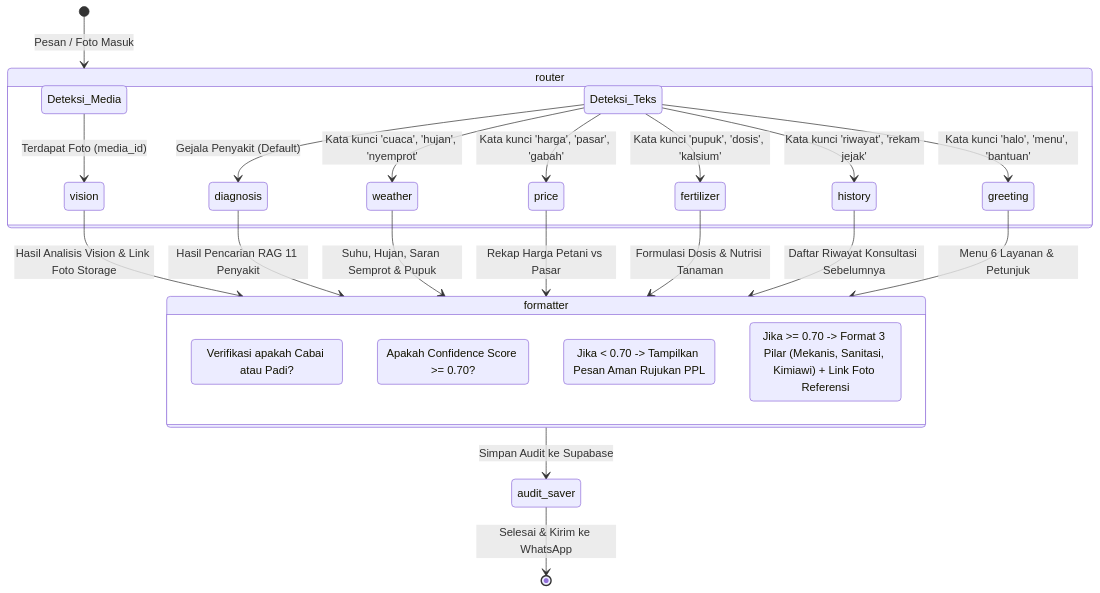
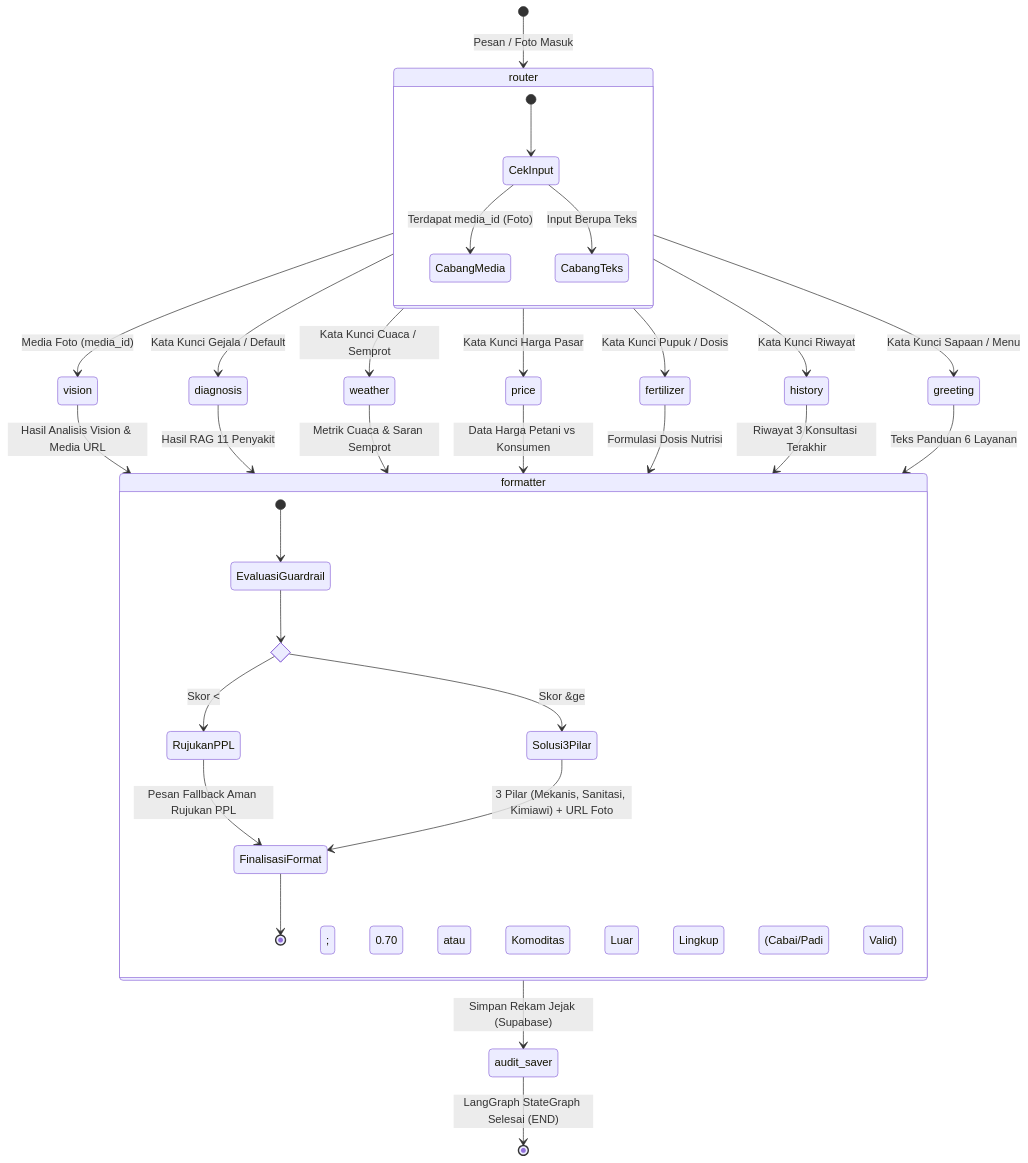
Before and after one commit to Ridhorizqullah/chatbot: the second of 4 diagrams in laporan.md, drawn with Mermaid. The commit also changed other lines of this file and 127 other files, not shown here.

````diff
--- a/laporan.md
+++ b/laporan.md
@@ -109,33 +115,40 @@
 ```mermaid
 stateDiagram-v2
     [*] --> router: Pesan / Foto Masuk
     
     state router {
-        direction LR
-        Deteksi_Media --> vision: Terdapat Foto (media_id)
-        Deteksi_Teks --> weather: Kata kunci 'cuaca', 'hujan', 'nyemprot'
-        Deteksi_Teks --> price: Kata kunci 'harga', 'pasar', 'gabah'
-        Deteksi_Teks --> fertilizer: Kata kunci 'pupuk', 'dosis', 'kalsium'
-        Deteksi_Teks --> history: Kata kunci 'riwayat', 'rekam jejak'
-        Deteksi_Teks --> greeting: Kata kunci 'halo', 'menu', 'bantuan'
-        Deteksi_Teks --> diagnosis: Gejala Penyakit (Default)
+        [*] --> CekInput
+        CekInput --> CabangMedia: Terdapat media_id (Foto)
+        CekInput --> CabangTeks: Input Berupa Teks
     }
 
-    vision --> formatter: Hasil Analisis Vision & Link Foto Storage
-    diagnosis --> formatter: Hasil Pencarian RAG 11 Penyakit
-    weather --> formatter: Suhu, Hujan, Saran Semprot & Pupuk
-    price --> formatter: Rekap Harga Petani vs Pasar
-    fertilizer --> formatter: Formulasi Dosis & Nutrisi Tanaman
-    history --> formatter: Daftar Riwayat Konsultasi Sebelumnya
-    greeting --> formatter: Menu 6 Layanan & Petunjuk
+    router --> vision: Media Foto (media_id)
+    router --> diagnosis: Kata Kunci Gejala / Default
+    router --> weather: Kata Kunci Cuaca / Semprot
+    router --> price: Kata Kunci Harga Pasar
+    router --> fertilizer: Kata Kunci Pupuk / Dosis
+    router --> history: Kata Kunci Riwayat
+    router --> greeting: Kata Kunci Sapaan / Menu
+
+    vision --> formatter: Hasil Analisis Vision & Media URL
+    diagnosis --> formatter: Hasil RAG 11 Penyakit
+    weather --> formatter: Metrik Cuaca & Saran Semprot
+    price --> formatter: Data Harga Petani vs Konsumen
+    fertilizer --> formatter: Formulasi Dosis Nutrisi
+    history --> formatter: Riwayat 3 Konsultasi Terakhir
+    greeting --> formatter: Teks Panduan 6 Layanan
 
     state formatter {
-        Cek_Komoditas: Verifikasi apakah Cabai atau Padi?
-        Cek_Confidence: Apakah Confidence Score >= 0.70?
-        Beri_Rujukan: Jika < 0.70 -> Tampilkan Pesan Aman Rujukan PPL
-        Beri_Solusi: Jika >= 0.70 -> Format 3 Pilar (Mekanis, Sanitasi, Kimiawi) + Link Foto Referensi
+        [*] --> EvaluasiGuardrail
+        state check_eval <<choice>>
+        EvaluasiGuardrail --> check_eval
+        check_eval --> RujukanPPL: Skor &lt; 0.70 atau Komoditas Luar Lingkup
+        check_eval --> Solusi3Pilar: Skor &ge; 0.70 (Cabai/Padi Valid)
+        RujukanPPL --> FinalisasiFormat: Pesan Fallback Aman Rujukan PPL
+        Solusi3Pilar --> FinalisasiFormat: 3 Pilar (Mekanis, Sanitasi, Kimiawi) + URL Foto
+        FinalisasiFormat --> [*]
     }
 
-    formatter --> audit_saver: Simpan Audit ke Supabase
-    audit_saver --> [*]: Selesai & Kirim ke WhatsApp
+    formatter --> audit_saver: Simpan Rekam Jejak (Supabase)
+    audit_saver --> [*]: LangGraph StateGraph Selesai (END)
 ```
````
